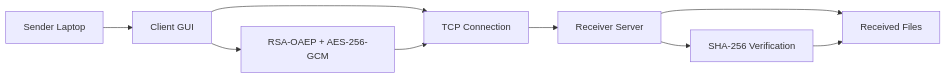
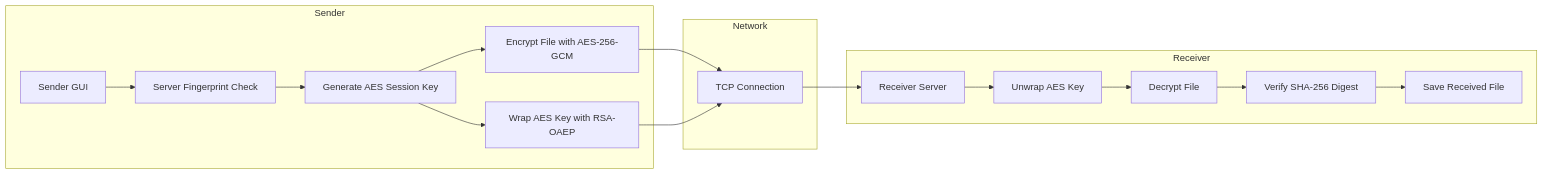
Before and after one commit to PushkarAgrawal17/SecureLAN: the diagram in README.md, drawn with Mermaid. The commit also changed other lines of this file and 6 other files, not shown here.

````diff
--- a/README.md
+++ b/README.md
@@ -38,12 +60,34 @@
 ```mermaid
 flowchart LR
-    A["Sender Laptop"] --> B["Client GUI"]
-    B --> C["TCP Connection"]
-    C --> D["Receiver Server"]
-    D --> E["Received Files"]
+    subgraph Sender
+        A[Sender GUI]
+        B[Server Fingerprint Check]
+        C[Generate AES Session Key]
+        D[Encrypt File with AES-256-GCM]
+        E[Wrap AES Key with RSA-OAEP]
+        A --> B
+        B --> C
+        C --> D
+        C --> E
+    end
 
-    B --> F["RSA-OAEP + AES-256-GCM"]
-    F --> C
-    D --> G["SHA-256 Verification"]
-    G --> E
+    subgraph Network
+        F[TCP Connection]
+    end
+
+    subgraph Receiver
+        G[Receiver Server]
+        H[Unwrap AES Key]
+        I[Decrypt File]
+        J[Verify SHA-256 Digest]
+        K[Save Received File]
+        G --> H
+        H --> I
+        I --> J
+        J --> K
+    end
+
+    D --> F
+    E --> F
+    F --> G
 ```
````
